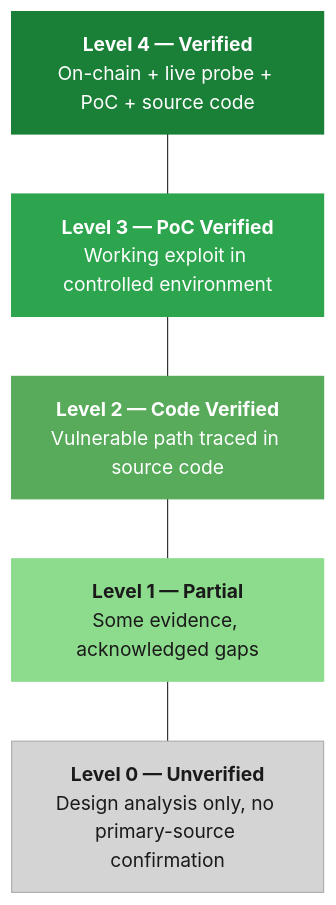
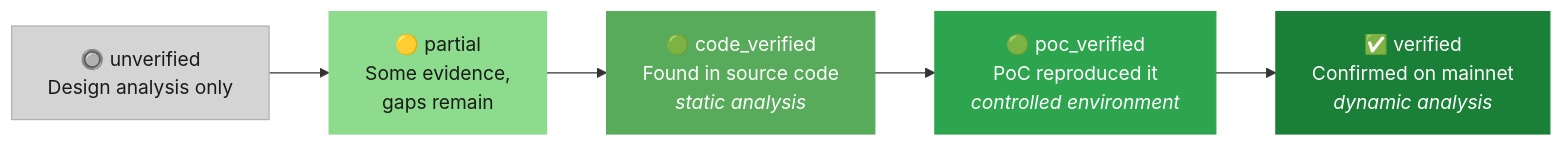
Before and after one commit to jyo-o/bonda-docs: the first of 2 diagrams in methodology/verification.md, drawn with Mermaid. The commit also changed other lines of this file, not shown here.

First line of the commit message:
Clarify code_verified vs verified distinction in verification methodology

````diff
--- a/methodology/verification.md
+++ b/methodology/verification.md
@@ -11,19 +44,16 @@
 ```mermaid
-graph TB
-    L4["<b>Level 4 — Verified</b><br/>On-chain + live probe + PoC + source code"]
-    L3["<b>Level 3 — PoC Verified</b><br/>Working exploit in controlled environment"]
-    L2["<b>Level 2 — Code Verified</b><br/>Vulnerable path traced in source code"]
-    L1["<b>Level 1 — Partial</b><br/>Some evidence, acknowledged gaps"]
-    L0["<b>Level 0 — Unverified</b><br/>Design analysis only, no primary-source confirmation"]
+flowchart LR
+    U["🔘 unverified<br/>Design analysis only"]
+    P["🟡 partial<br/>Some evidence,<br/>gaps remain"]
+    C["🟢 code_verified<br/>Found in source code<br/><i>static analysis</i>"]
+    PC["🟢 poc_verified<br/>PoC reproduced it<br/><i>controlled environment</i>"]
+    V["✅ verified<br/>Confirmed on mainnet<br/><i>dynamic analysis</i>"]
 
-    L4 --- L3
-    L3 --- L2
-    L2 --- L1
-    L1 --- L0
+    U --> P --> C --> PC --> V
 
-    style L4 fill:#1a7f37,color:#fff,stroke:#1a7f37
-    style L3 fill:#2da44e,color:#fff,stroke:#2da44e
-    style L2 fill:#57ab5a,color:#fff,stroke:#57ab5a
-    style L1 fill:#8ddb8c,color:#1a1a1a,stroke:#8ddb8c
-    style L0 fill:#d4d4d4,color:#1a1a1a,stroke:#b0b0b0
+    style U fill:#d4d4d4,color:#1a1a1a,stroke:#b0b0b0
+    style P fill:#8ddb8c,color:#1a1a1a,stroke:#8ddb8c
+    style C fill:#57ab5a,color:#fff,stroke:#57ab5a
+    style PC fill:#2da44e,color:#fff,stroke:#2da44e
+    style V fill:#1a7f37,color:#fff,stroke:#1a7f37
 ```
````
